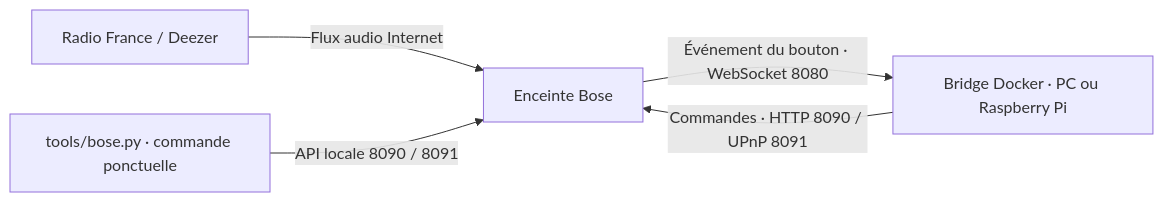
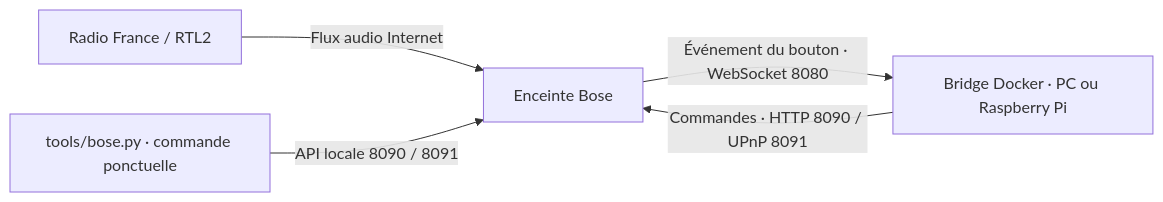
One commit to orel33/bose changed the diagram in README.md. Above: the diagram before and after it, drawn with Mermaid. The commit also changed other lines of this file and 3 other files, not shown here.

Commit message:
Update README and configuration for RTL2 integration; remove Deezer references

````diff
--- a/README.md
+++ b/README.md
@@ -31,7 +28,7 @@
 ```mermaid
 flowchart LR
     B[Enceinte Bose] -->|Événement du bouton · WebSocket 8080| P[Bridge Docker · PC ou Raspberry Pi]
     P -->|Commandes · HTTP 8090 / UPnP 8091| B
-    R[Radio France / Deezer] -->|Flux audio Internet| B
+    R[Radio France / RTL2] -->|Flux audio Internet| B
     T[tools/bose.py · commande ponctuelle] -->|API locale 8090 / 8091| B
 ```
````
